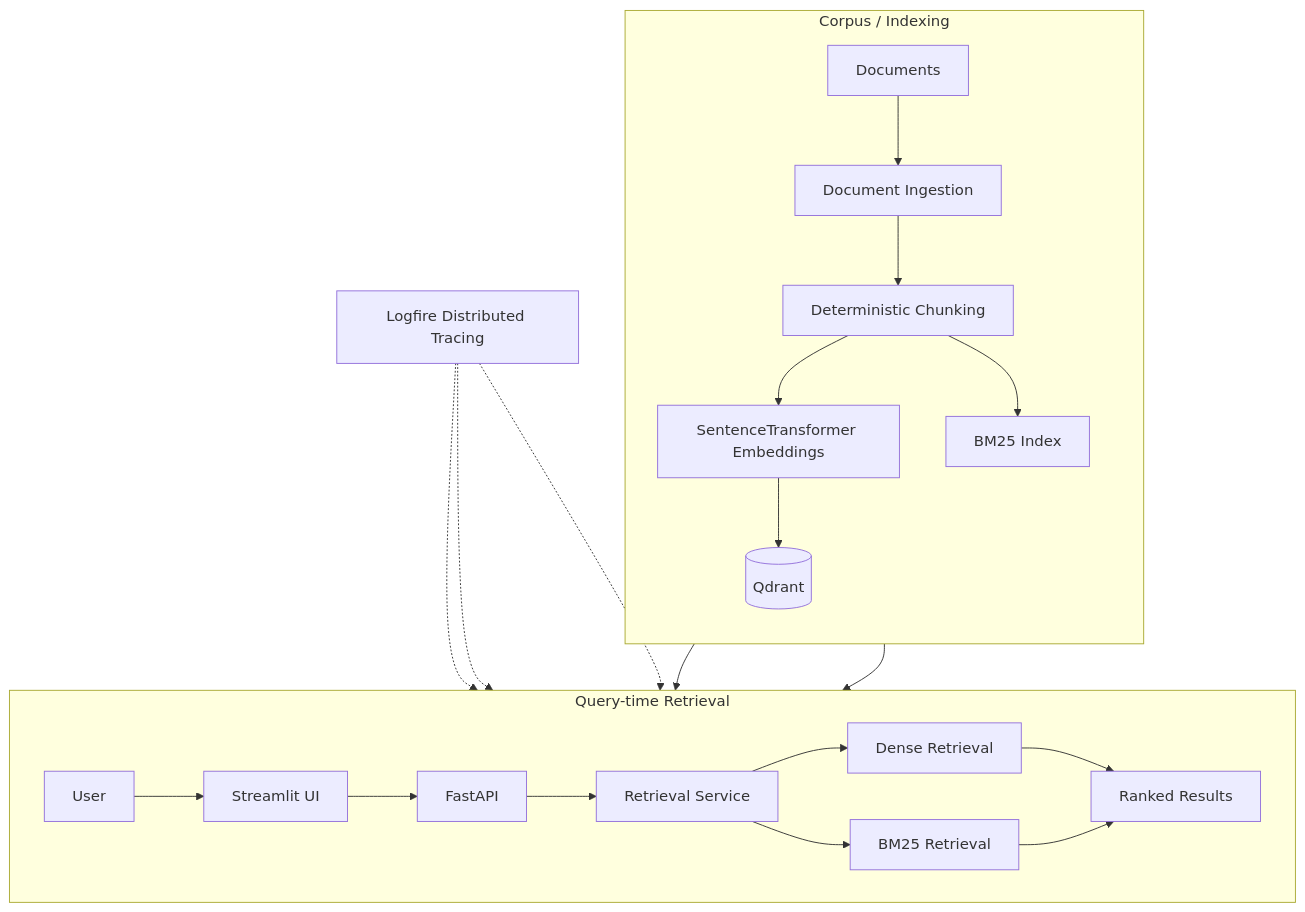
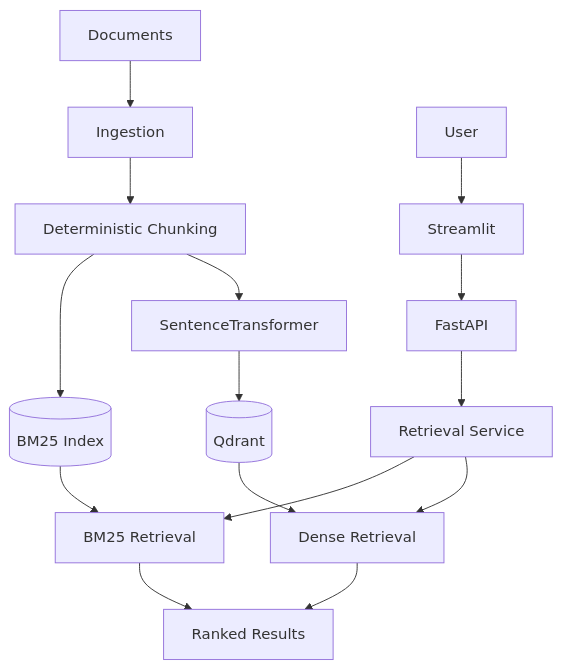
Before and after one commit to bksampadi/SignalRank-RAG: the diagram in README.md, drawn with Mermaid.

Commit message:
docs: simplify README architecture diagram

````diff
--- a/README.md
+++ b/README.md
@@ -25,46 +25,23 @@
 ```mermaid
 flowchart TB
 
-    subgraph INDEXING["Corpus / Indexing"]
-        direction TB
+    DOCS[Documents] --> ING[Ingestion]
+    ING --> CHUNK[Deterministic Chunking]
 
-        DOCS[Documents]
-        ING[Document Ingestion]
-        CHUNK[Deterministic Chunking]
+    CHUNK --> BMIDX[(BM25 Index)]
+    CHUNK --> EMB[SentenceTransformer]
+    EMB --> QD[(Qdrant)]
 
-        DOCS --> ING --> CHUNK
+    USER[User] --> UI[Streamlit]
+    UI --> API[FastAPI]
+    API --> SERVICE[Retrieval Service]
 
-        CHUNK --> EMB[SentenceTransformer Embeddings]
-        EMB --> QD[(Qdrant)]
+    SERVICE --> BM25[BM25 Retrieval]
+    SERVICE --> DENSE[Dense Retrieval]
 
-        CHUNK --> BMIDX[BM25 Index]
-    end
+    BMIDX --> BM25
+    QD --> DENSE
 
-    subgraph RETRIEVAL["Query-time Retrieval"]
-        direction LR
-
-        USER[User]
-        UI[Streamlit UI]
-        API[FastAPI]
-        SERVICE[Retrieval Service]
-
-        DENSE[Dense Retrieval]
-        BM25[BM25 Retrieval]
-
-        RESULTS[Ranked Results]
-
-        USER --> UI --> API --> SERVICE
-        SERVICE --> DENSE
-        SERVICE --> BM25
-        DENSE --> RESULTS
-        BM25 --> RESULTS
-    end
-
-    QD --> DENSE
-    BMIDX --> BM25
-
-    LF[Logfire Distributed Tracing]
-    LF -.-> UI
-    LF -.-> API
-    LF -.-> SERVICE
+    BM25 --> RESULTS[Ranked Results]
+    DENSE --> RESULTS
 ```
````
